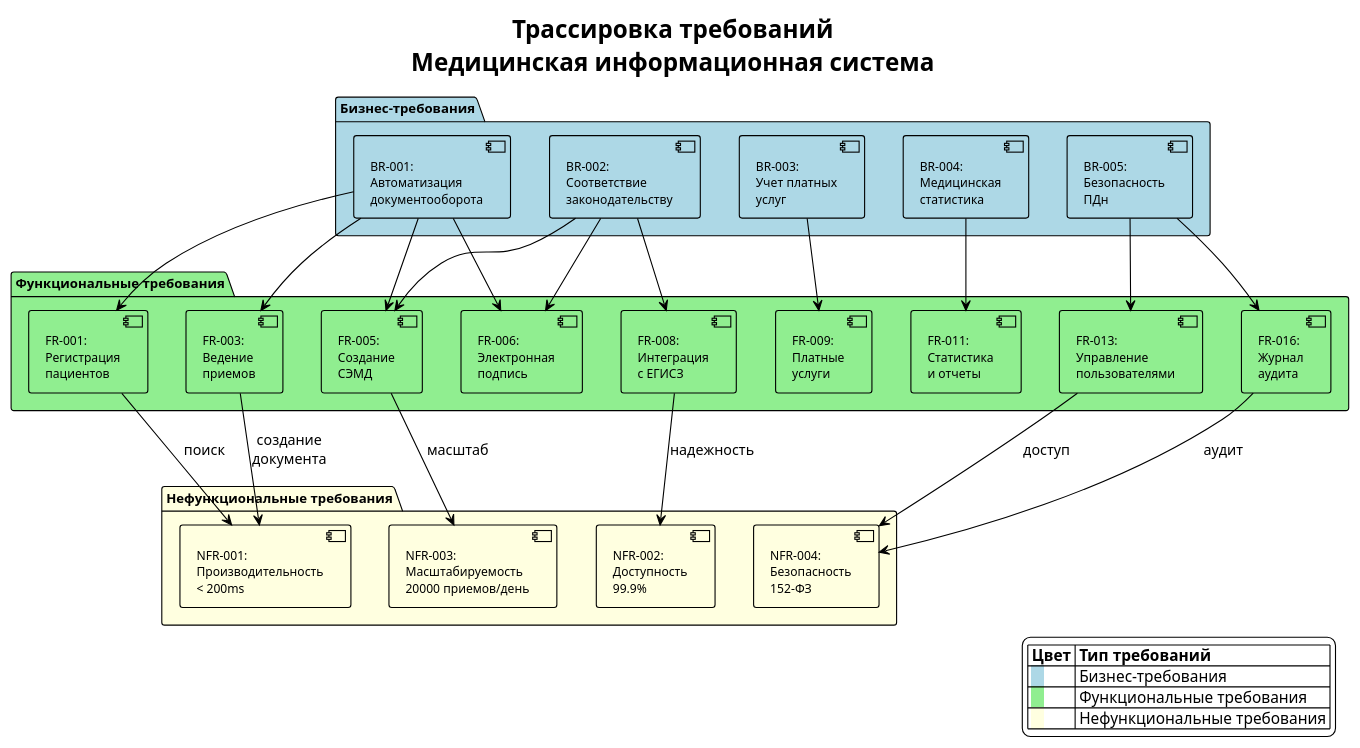
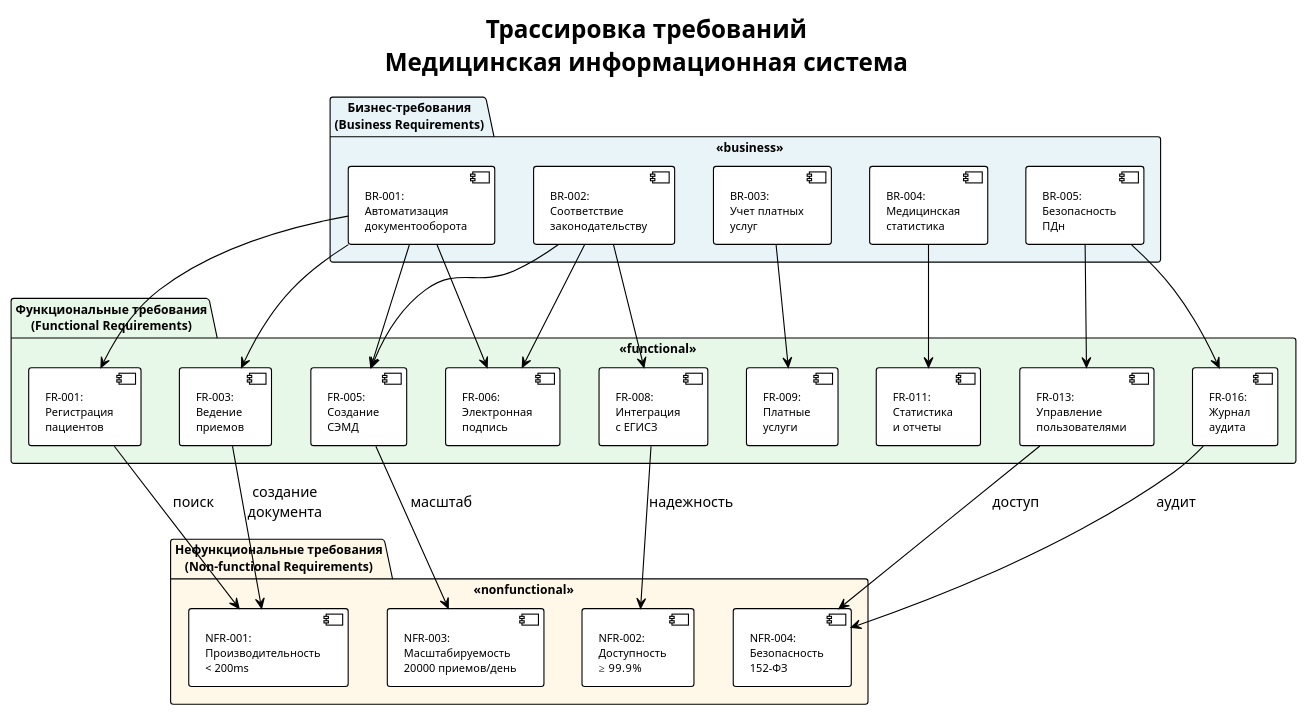
Before and after one commit to namestnikoff/medical-documentation-system-design: the diagram in docs/01-requirements/diagrams/requirements-traceability.puml, drawn with PlantUML.

Commit message:
Simplify traceability diagram: remove legend, use subtle package colors

```diff
--- a/docs/01-requirements/diagrams/requirements-traceability.puml
+++ b/docs/01-requirements/diagrams/requirements-traceability.puml
@@ -1,79 +1,73 @@
 @startuml
 !theme plain
 title Трассировка требований\nМедицинская информационная система
 
-' Явное определение цветов для компонентов
 skinparam component {
   BackgroundColor White
   BorderColor Black
-  FontSize 11
+  FontSize 10
   ArrowColor Black
 }
 
 skinparam package {
-  BackgroundColor White
+  BackgroundColor<<business>> #E8F4F8
+  BackgroundColor<<functional>> #E8F8E8
+  BackgroundColor<<nonfunctional>> #FFF8E8
   BorderColor Black
-  FontSize 12
+  FontSize 11
   FontStyle bold
 }
 
-package "Бизнес-требования" #LightBlue {
-  component "BR-001:\nАвтоматизация\nдокументооборота" as BR1 #LightBlue
-  component "BR-002:\nСоответствие\nзаконодательству" as BR2 #LightBlue
-  component "BR-003:\nУчет платных\nуслуг" as BR3 #LightBlue
-  component "BR-004:\nМедицинская\nстатистика" as BR4 #LightBlue
-  component "BR-005:\nБезопасность\nПДн" as BR5 #LightBlue
+package "Бизнес-требования\n(Business Requirements)" <<business>> {
+  [BR-001:\nАвтоматизация\nдокументооборота] as BR1
+  [BR-002:\nСоответствие\nзаконодательству] as BR2
+  [BR-003:\nУчет платных\nуслуг] as BR3
+  [BR-004:\nМедицинская\nстатистика] as BR4
+  [BR-005:\nБезопасность\nПДн] as BR5
 }
 
-package "Функциональные требования" #LightGreen {
-  component "FR-001:\nРегистрация\nпациентов" as FR1 #LightGreen
-  component "FR-003:\nВедение\nприемов" as FR3 #LightGreen
-  component "FR-005:\nСоздание\nСЭМД" as FR5 #LightGreen
-  component "FR-006:\nЭлектронная\nподпись" as FR6 #LightGreen
-  component "FR-008:\nИнтеграция\nс ЕГИСЗ" as FR8 #LightGreen
-  component "FR-009:\nПлатные\nуслуги" as FR9 #LightGreen
-  component "FR-011:\nСтатистика\nи отчеты" as FR11 #LightGreen
-  component "FR-013:\nУправление\nпользователями" as FR13 #LightGreen
-  component "FR-016:\nЖурнал\nаудита" as FR16 #LightGreen
+package "Функциональные требования\n(Functional Requirements)" <<functional>> {
+  [FR-001:\nРегистрация\nпациентов] as FR1
+  [FR-003:\nВедение\nприемов] as FR3
+  [FR-005:\nСоздание\nСЭМД] as FR5
+  [FR-006:\nЭлектронная\nподпись] as FR6
+  [FR-008:\nИнтеграция\nс ЕГИСЗ] as FR8
+  [FR-009:\nПлатные\nуслуги] as FR9
+  [FR-011:\nСтатистика\nи отчеты] as FR11
+  [FR-013:\nУправление\nпользователями] as FR13
+  [FR-016:\nЖурнал\nаудита] as FR16
 }
 
-package "Нефункциональные требования" #LightYellow {
-  component "NFR-001:\nПроизводительность\n< 200ms" as NFR1 #LightYellow
-  component "NFR-002:\nДоступность\n99.9%" as NFR2 #LightYellow
-  component "NFR-003:\nМасштабируемость\n20000 приемов/день" as NFR3 #LightYellow
-  component "NFR-004:\nБезопасность\n152-ФЗ" as NFR4 #LightYellow
+package "Нефункциональные требования\n(Non-functional Requirements)" <<nonfunctional>> {
+  [NFR-001:\nПроизводительность\n< 200ms] as NFR1
+  [NFR-002:\nДоступность\n≥ 99.9%] as NFR2
+  [NFR-003:\nМасштабируемость\n20000 приемов/день] as NFR3
+  [NFR-004:\nБезопасность\n152-ФЗ] as NFR4
 }
 
 ' Связи бизнес-требований с функциональными
 BR1 -down-> FR1
 BR1 -down-> FR3
 BR1 -down-> FR5
 BR1 -down-> FR6
 
 BR2 -down-> FR5
 BR2 -down-> FR6
 BR2 -down-> FR8
 
 BR3 -down-> FR9
 
 BR4 -down-> FR11
 
 BR5 -down-> FR13
 BR5 -down-> FR16
 
 ' Связи функциональных с нефункциональными
 FR1 -down-> NFR1 : поиск
 FR3 -down-> NFR1 : создание\nдокумента
 FR5 -down-> NFR3 : масштаб
 FR8 -down-> NFR2 : надежность
 FR13 -down-> NFR4 : доступ
 FR16 -down-> NFR4 : аудит
 
-legend right
-  |= Цвет |= Тип требований |
-  | <back:#LightBlue>   </back> | Бизнес-требования |
-  | <back:#LightGreen>   </back> | Функциональные требования |
-  | <back:#LightYellow>   </back> | Нефункциональные требования |
-endlegend
-
 @enduml
```
